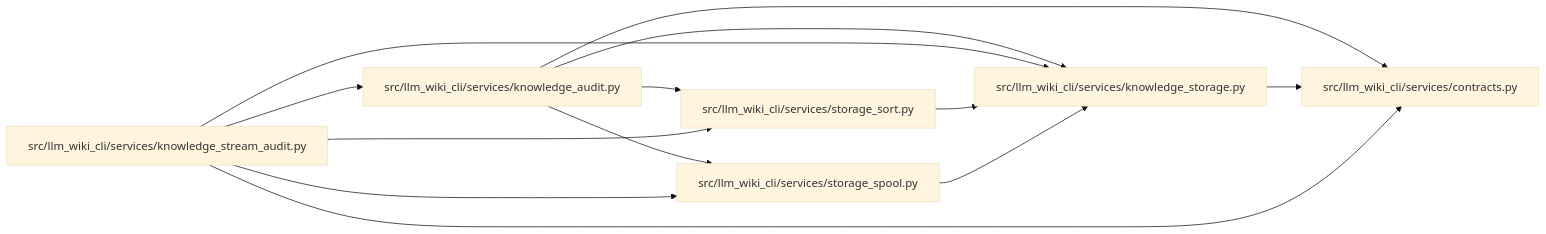
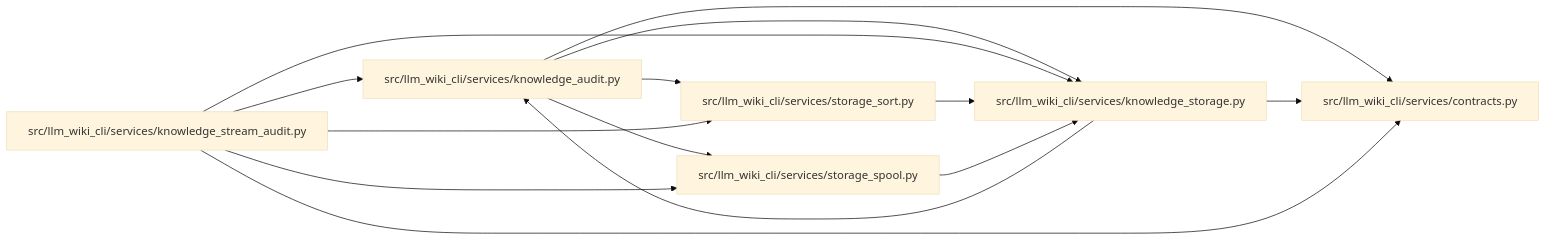
Before and after one commit to Denissvgn/python-wiki-llm: the diagram in docs/llm_wiki/modules/knowledge_audit.md, drawn with Mermaid (base theme). The commit also changed other lines of this file and 631 other files, not shown here.

````diff
--- a/docs/llm_wiki/modules/knowledge_audit.md
+++ b/docs/llm_wiki/modules/knowledge_audit.md
@@ -26,27 +26,28 @@
 ```mermaid
 flowchart LR
     n0["src/llm_wiki_cli/services/contracts.py"]
     n1["src/llm_wiki_cli/services/knowledge_audit.py"]
     n2["src/llm_wiki_cli/services/knowledge_storage.py"]
     n3["src/llm_wiki_cli/services/knowledge_stream_audit.py"]
     n4["src/llm_wiki_cli/services/storage_sort.py"]
     n5["src/llm_wiki_cli/services/storage_spool.py"]
     n1 --> n0
     n1 --> n2
     n1 --> n4
     n1 --> n5
     n2 --> n0
+    n2 --> n1
     n3 --> n0
     n3 --> n1
     n3 --> n2
     n3 --> n4
     n3 --> n5
     n4 --> n2
     n5 --> n2
     click n0 "../modules/services_contracts.md"
     click n1 "../modules/knowledge_audit.md"
     click n2 "../modules/knowledge_storage.md"
     click n3 "../modules/knowledge_stream_audit.md"
     click n4 "../modules/storage_sort.md"
     click n5 "../modules/storage_spool.md"
 ```
````
